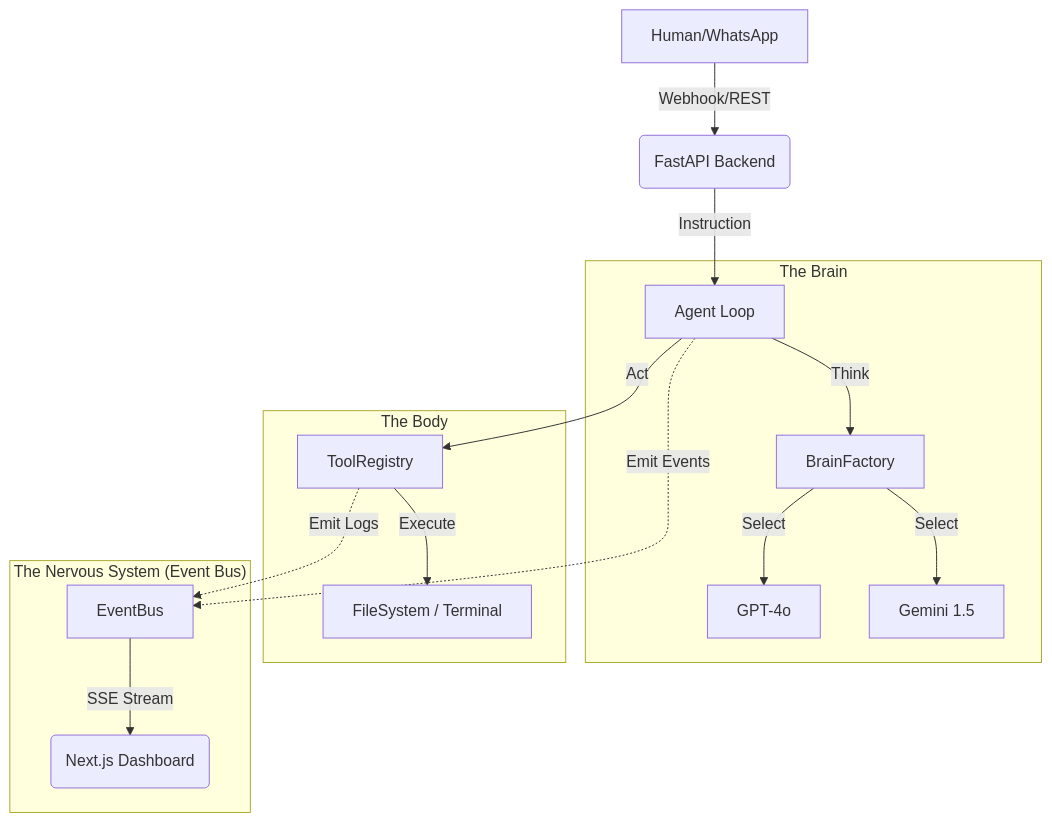
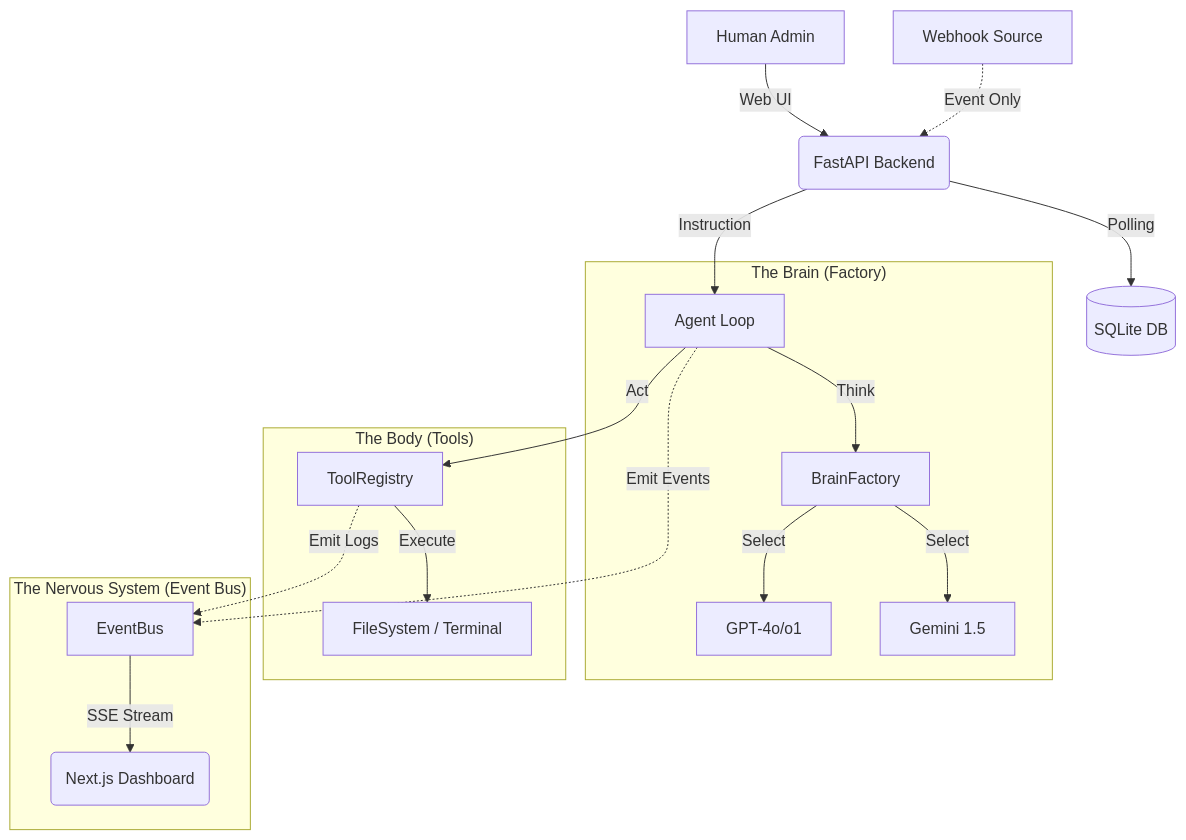
Before and after one commit to YggrYergen/OSIRIS: the diagram in README.md, drawn with Mermaid. The commit also changed other lines of this file and 17 other files, not shown here.

````diff
--- a/README.md
+++ b/README.md
@@ -43,22 +47,24 @@
 ```mermaid
 graph TD
-    Client[Human/WhatsApp] -->|Webhook/REST| API(FastAPI Backend)
+    Client[Human Admin] -->|Web UI| API(FastAPI Backend)
+    ExtSource[Webhook Source] -.->|Event Only| API
     API -->|Instruction| AgentService[Agent Loop]
+    API -->|Polling| BackendDB[(SQLite DB)]
     
-    subgraph "The Brain"
+    subgraph "The Brain (Factory)"
     AgentService -->|Think| BrainFactory
-    BrainFactory -->|Select| OpenAI[GPT-4o]
+    BrainFactory -->|Select| OpenAI[GPT-4o/o1]
     BrainFactory -->|Select| Gemini[Gemini 1.5]
     end
     
-    subgraph "The Body"
+    subgraph "The Body (Tools)"
     AgentService -->|Act| ToolRegistry
     ToolRegistry -->|Execute| FS[FileSystem / Terminal]
     end
     
     subgraph "The Nervous System (Event Bus)"
     AgentService -.->|Emit Events| EventBus
     ToolRegistry -.->|Emit Logs| EventBus
     EventBus -->|SSE Stream| Frontend(Next.js Dashboard)
     end
 ```
````
